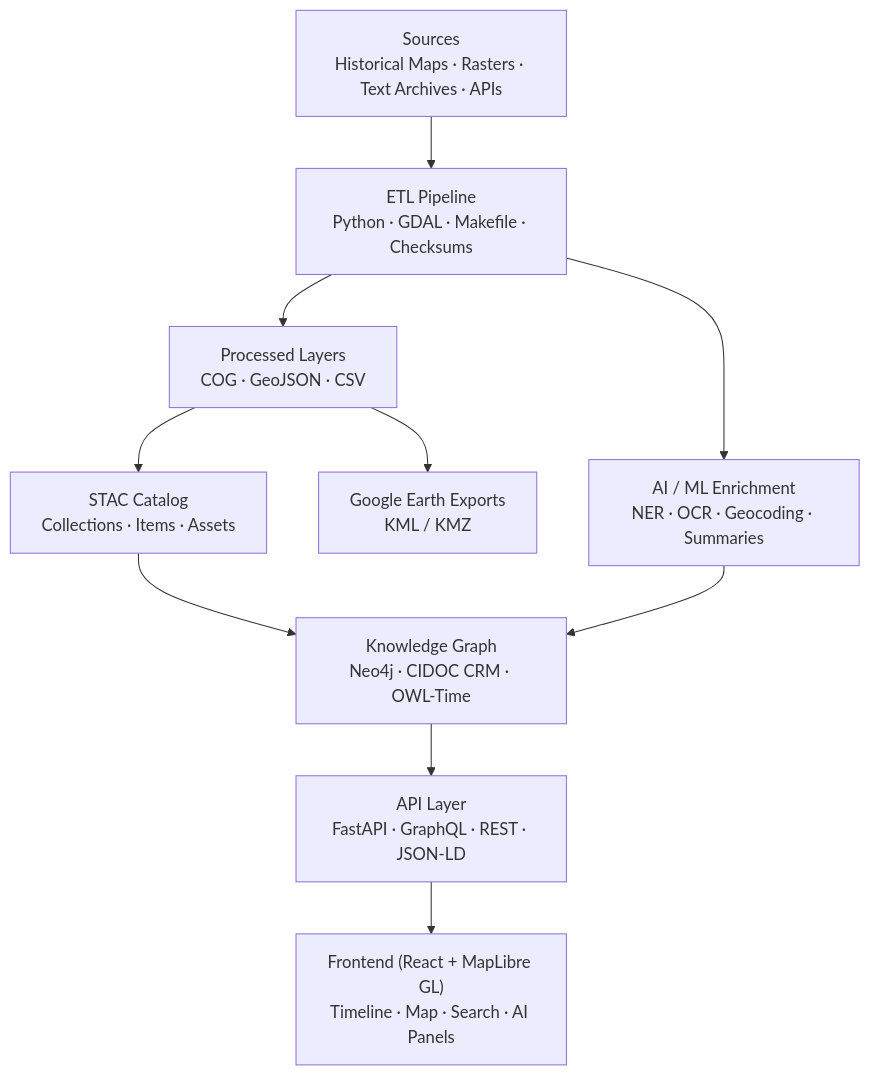
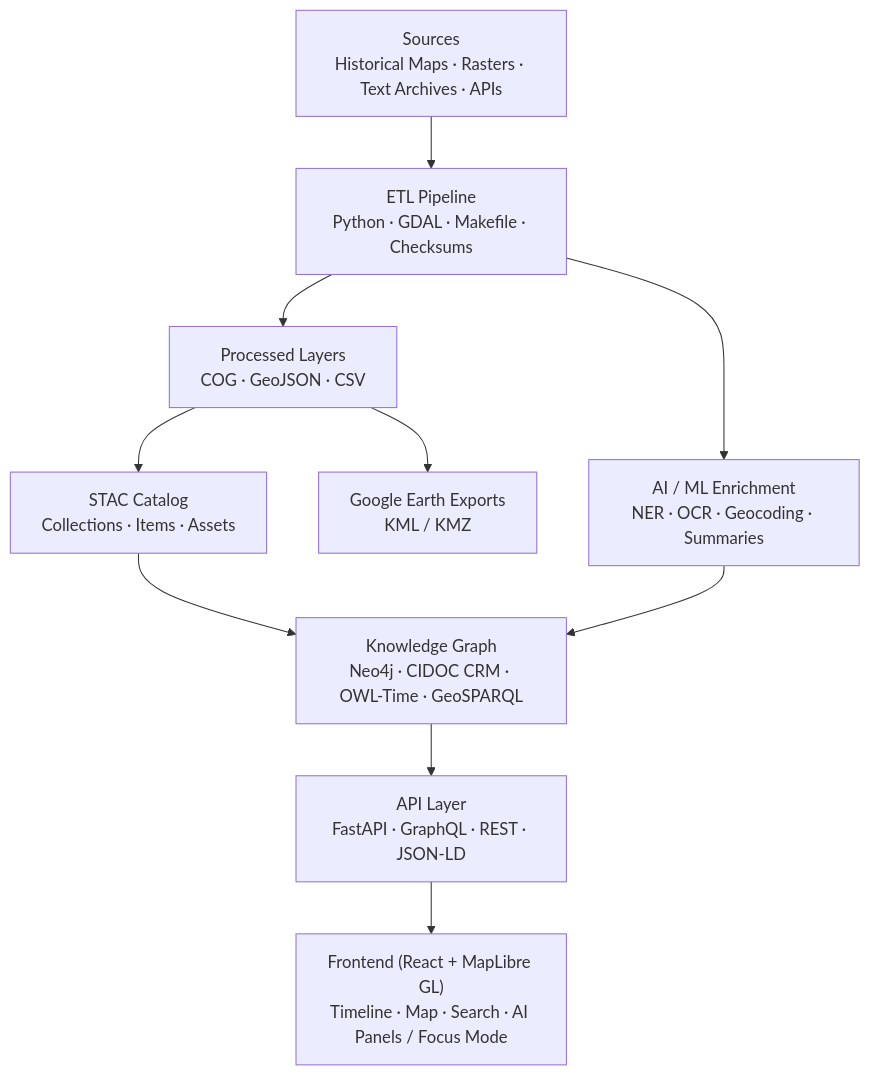
The diagram in ARCHITECTURE.md (bartytime4life/Kansas-Frontier-Matrix), drawn with Mermaid before and after one commit. The commit also changed other lines of this file, not shown here.

````diff
--- a/ARCHITECTURE.md
+++ b/ARCHITECTURE.md
@@ -60,14 +66,14 @@
 ```mermaid
 flowchart TD
   A["Sources<br/>Historical Maps · Rasters · Text Archives · APIs"]
     --> B["ETL Pipeline<br/>Python · GDAL · Makefile · Checksums"]
   B --> C["Processed Layers<br/>COG · GeoJSON · CSV"]
   B --> I["AI / ML Enrichment<br/>NER · OCR · Geocoding · Summaries"]
   C --> D["STAC Catalog<br/>Collections · Items · Assets"]
-  D --> H["Knowledge Graph<br/>Neo4j · CIDOC CRM · OWL-Time"]
+  D --> H["Knowledge Graph<br/>Neo4j · CIDOC CRM · OWL-Time · GeoSPARQL"]
   I --> H
   H --> J["API Layer<br/>FastAPI · GraphQL · REST · JSON-LD"]
-  J --> F["Frontend (React + MapLibre GL)<br/>Timeline · Map · Search · AI Panels"]
+  J --> F["Frontend (React + MapLibre GL)<br/>Timeline · Map · Search · AI Panels / Focus Mode"]
   C --> K["Google Earth Exports<br/>KML / KMZ"]
 %% END OF MERMAID
 ```
````
